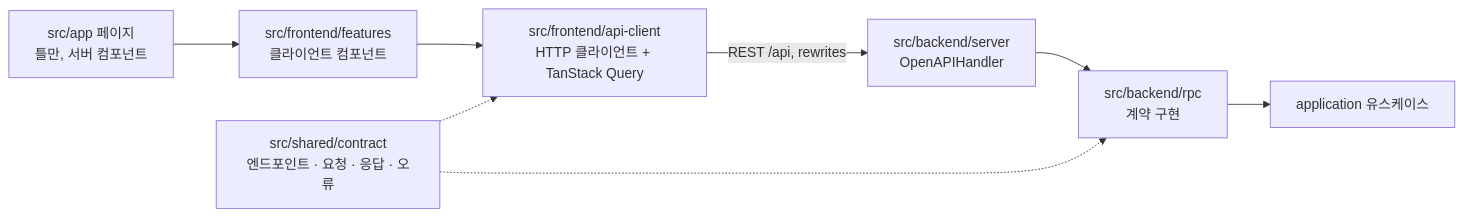
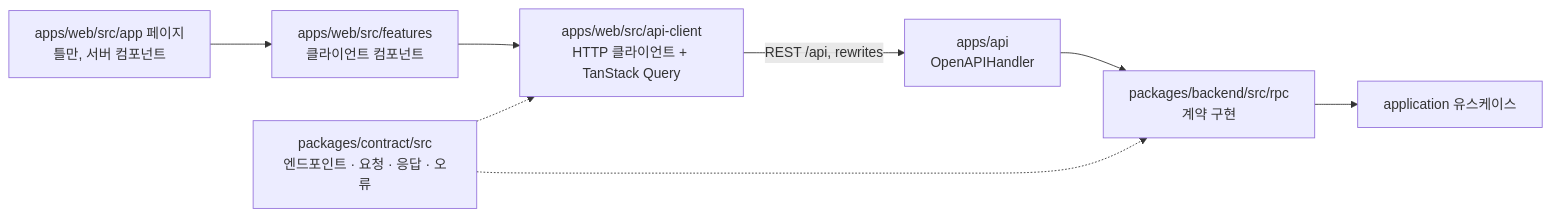
Before and after one commit to Changsik00/inkle: the fifth of 5 diagrams in docs/architecture.md, drawn with Mermaid. The commit also changed other lines of this file and 204 other files, not shown here.

````diff
--- a/docs/architecture.md
+++ b/docs/architecture.md
@@ -266,10 +246,10 @@
 ```mermaid
 flowchart LR
-    P[src/app 페이지<br/>틀만, 서버 컴포넌트] --> F[src/frontend/features<br/>클라이언트 컴포넌트]
-    F --> K[src/frontend/api-client<br/>HTTP 클라이언트 + TanStack Query]
-    K -->|REST /api, rewrites| R[src/backend/server<br/>OpenAPIHandler]
-    R --> S[src/backend/rpc<br/>계약 구현]
+    P[apps/web/src/app 페이지<br/>틀만, 서버 컴포넌트] --> F[apps/web/src/features<br/>클라이언트 컴포넌트]
+    F --> K[apps/web/src/api-client<br/>HTTP 클라이언트 + TanStack Query]
+    K -->|REST /api, rewrites| R[apps/api<br/>OpenAPIHandler]
+    R --> S[packages/backend/src/rpc<br/>계약 구현]
     S --> U[application 유스케이스]
-    C[src/shared/contract<br/>엔드포인트 · 요청 · 응답 · 오류] -.-> K
+    C[packages/contract/src<br/>엔드포인트 · 요청 · 응답 · 오류] -.-> K
     C -.-> S
 ```
````
